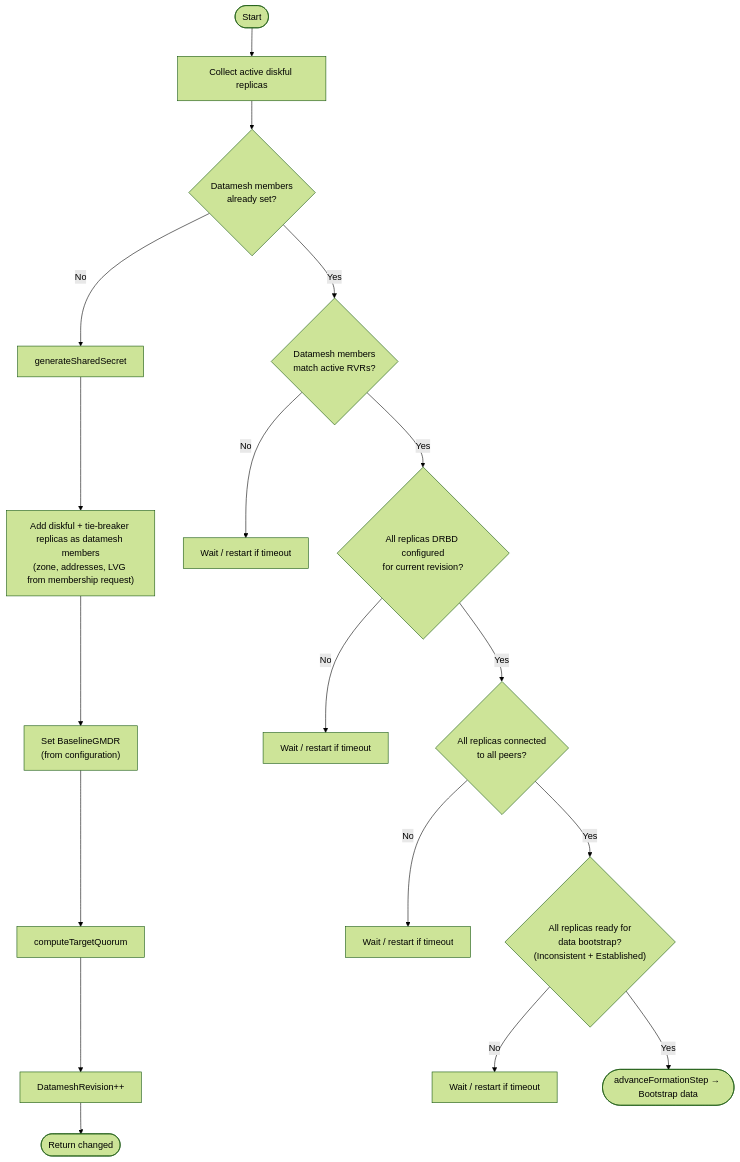
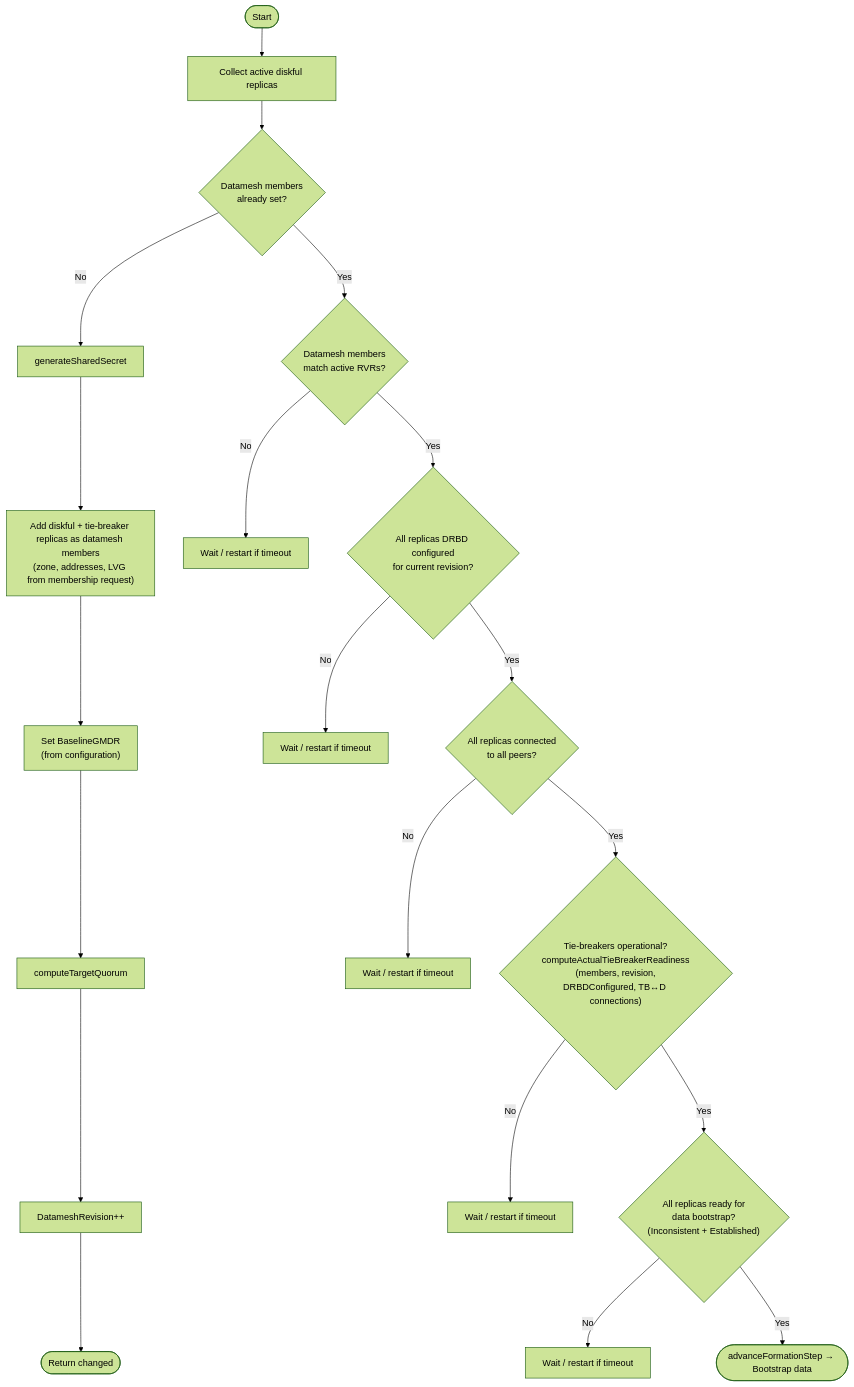
Before and after one commit to deckhouse/sds-replicated-volume: the sixth of 12 diagrams in images/controller/internal/controllers/rv_controller/README.md, drawn with Mermaid (forest theme). The commit also changed other lines of this file and 7 other files, not shown here.

First line of the commit message:
[controller] Gate formation completion on tie-breaker readiness

````diff
--- a/images/controller/internal/controllers/rv_controller/README.md
+++ b/images/controller/internal/controllers/rv_controller/README.md
@@ -856,26 +877,29 @@
 ```mermaid
 flowchart TD
     Start([Start]) --> CollectDiskful[Collect active diskful replicas]
 
     CollectDiskful --> CheckMembers{Datamesh members<br/>already set?}
     CheckMembers -->|No| GenSecret[generateSharedSecret]
     GenSecret --> AddMembers["Add diskful + tie-breaker replicas as datamesh members<br/>(zone, addresses, LVG from membership request)"]
     AddMembers --> SetBaseline["Set BaselineGMDR<br/>(from configuration)"]
     SetBaseline --> SetQuorum[computeTargetQuorum]
     SetQuorum --> IncrRevision["DatameshRevision++"]
     IncrRevision --> ReturnChanged([Return changed])
 
     CheckMembers -->|Yes| VerifyMembers{"Datamesh members<br/>match active RVRs?"}
     VerifyMembers -->|No| WaitRestart1[Wait / restart if timeout]
 
     VerifyMembers -->|Yes| CheckConfigured{"All replicas DRBD configured<br/>for current revision?"}
     CheckConfigured -->|No| WaitRestart2[Wait / restart if timeout]
 
     CheckConfigured -->|Yes| CheckConnected{"All replicas connected<br/>to all peers?"}
     CheckConnected -->|No| WaitRestart3[Wait / restart if timeout]
 
-    CheckConnected -->|Yes| CheckBootstrapReady{"All replicas ready for<br/>data bootstrap?<br/>(Inconsistent + Established)"}
-    CheckBootstrapReady -->|No| WaitRestart4[Wait / restart if timeout]
+    CheckConnected -->|Yes| CheckTBReady{"Tie-breakers operational?<br/>computeActualTieBreakerReadiness<br/>(members, revision,<br/>DRBDConfigured, TB↔D connections)"}
+    CheckTBReady -->|No| WaitRestart4[Wait / restart if timeout]
+
+    CheckTBReady -->|Yes| CheckBootstrapReady{"All replicas ready for<br/>data bootstrap?<br/>(Inconsistent + Established)"}
+    CheckBootstrapReady -->|No| WaitRestart5[Wait / restart if timeout]
 
     CheckBootstrapReady -->|Yes| NextStep(["advanceFormationStep → Bootstrap data"])
 ```
````
